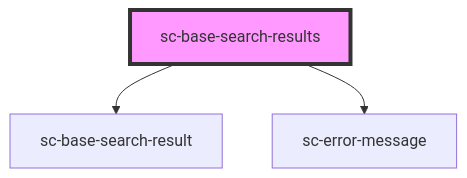
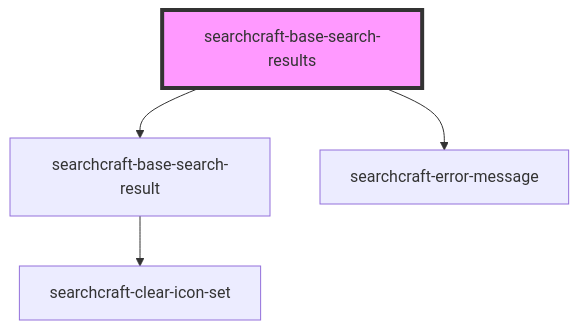
The diagram in packages/javascript-sdk/src/components/searchcraft-base-search-results/readme.md (searchcraft-inc/searchcraft-javascript-sdks), drawn with Mermaid before and after one commit. The commit also changed other lines of this file and 56 other files, not shown here.

````diff
--- a/packages/javascript-sdk/src/components/searchcraft-base-search-results/readme.md
+++ b/packages/javascript-sdk/src/components/searchcraft-base-search-results/readme.md
@@ -16,6 +16,7 @@
 ```mermaid
 graph TD;
-  sc-base-search-results --> sc-base-search-result
-  sc-base-search-results --> sc-error-message
-  style sc-base-search-results fill:#f9f,stroke:#333,stroke-width:4px
+  searchcraft-base-search-results --> searchcraft-base-search-result
+  searchcraft-base-search-results --> searchcraft-error-message
+  searchcraft-base-search-result --> searchcraft-clear-icon-set
+  style searchcraft-base-search-results fill:#f9f,stroke:#333,stroke-width:4px
 ```
````
